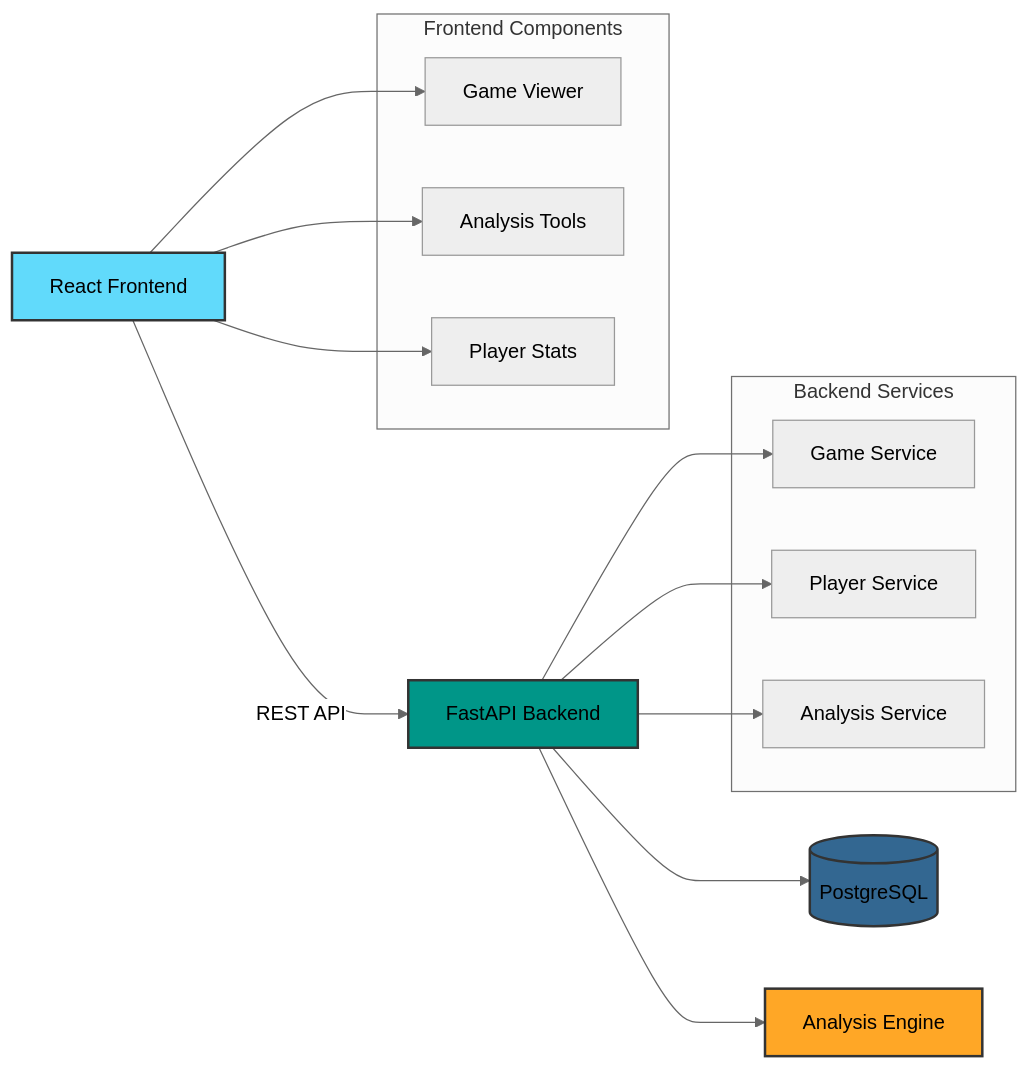
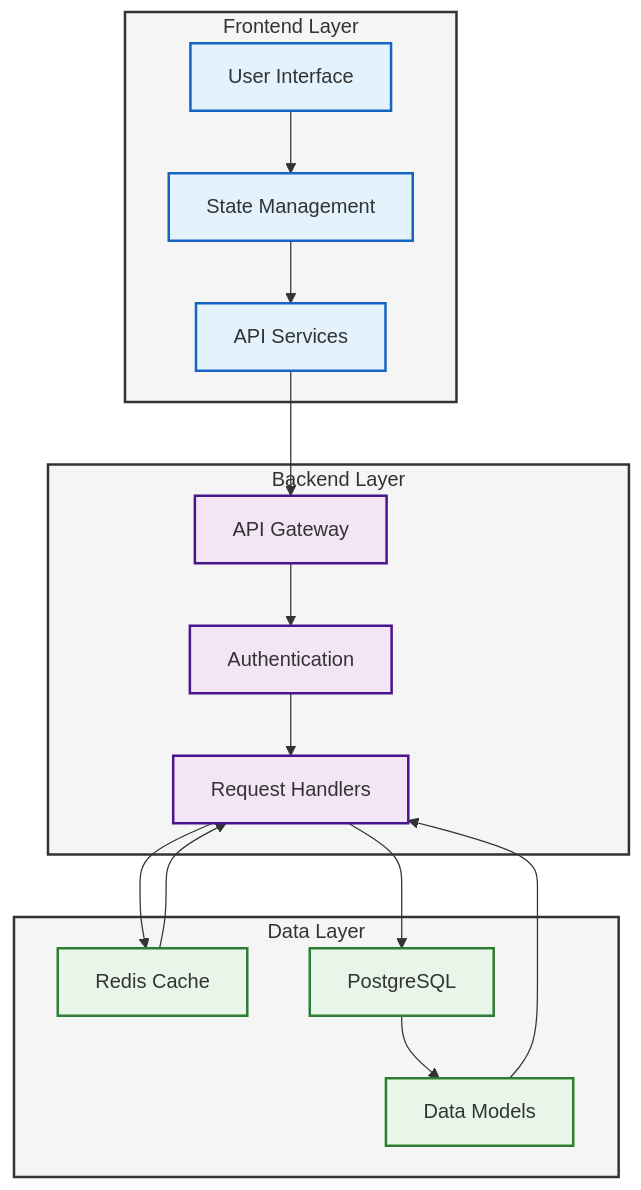
Before and after one commit to nessaee/chess-database: the diagram in docs/index.md, drawn with Mermaid. The commit also changed other lines of this file and 3 other files, not shown here.

````diff
--- a/docs/index.md
+++ b/docs/index.md
@@ -29,49 +30,49 @@
-```mermaid
-%%{init: {'theme': 'neutral' }}%%
-graph LR
-    %% Main Components
-    Frontend[React Frontend]
-    Backend[FastAPI Backend]
-    DB[(PostgreSQL)]
-    Analysis[Analysis Engine]
-
-    %% Frontend Components
-    subgraph "Frontend Components"
-        GameViewer[Game Viewer]
-        AnalysisTools[Analysis Tools]
-        PlayerStats[Player Stats]
+<div class="mermaid">
+graph TB
+    %% System Overview
+    subgraph Frontend["Frontend Layer"]
+        UI["User Interface"]
+        STATE["State Management"]
+        SERVICES["API Services"]
     end
-
-    %% Backend Services
-    subgraph "Backend Services"
-        GameService[Game Service]
-        PlayerService[Player Service]
-        AnalysisService[Analysis Service]
+    
+    subgraph Backend["Backend Layer"]
+        API["API Gateway"]
+        AUTH["Authentication"]
+        HANDLERS["Request Handlers"]
     end
-
-    %% Connections
-    Frontend --> |REST API| Backend
-    Backend --> DB
-    Backend --> Analysis
     
-    %% Frontend Internal
-    Frontend --> GameViewer
-    Frontend --> AnalysisTools
-    Frontend --> PlayerStats
+    subgraph Data["Data Layer"]
+        CACHE["Redis Cache"]
+        DB["PostgreSQL"]
+        MODELS["Data Models"]
+    end
     
-    %% Backend Internal
-    Backend --> GameService
-    Backend --> PlayerService
-    Backend --> AnalysisService
-
+    %% Relationships
+    UI --> STATE
+    STATE --> SERVICES
+    SERVICES --> API
+    
+    API --> AUTH
+    AUTH --> HANDLERS
+    HANDLERS --> CACHE
+    HANDLERS --> DB
+    
+    DB --> MODELS
+    MODELS --> HANDLERS
+    CACHE --> HANDLERS
+    
     %% Styling
-    classDef frontend fill:#61DAFB,stroke:#333,stroke-width:2px
-    classDef backend fill:#009688,stroke:#333,stroke-width:2px
-    classDef database fill:#336791,stroke:#333,stroke-width:2px
-    classDef analysis fill:#FFA726,stroke:#333,stroke-width:2px
+    classDef frontend fill:#e3f2fd,stroke:#1565c0,stroke-width:2px;
+    classDef backend fill:#f3e5f5,stroke:#4a148c,stroke-width:2px;
+    classDef data fill:#e8f5e9,stroke:#2e7d32,stroke-width:2px;
     
-    class Frontend frontend
-    class Backend backend
-    class DB database
-    class Analysis analysis
-```
+    class UI,STATE,SERVICES frontend;
+    class API,AUTH,HANDLERS backend;
+    class CACHE,DB,MODELS data;
+    
+    %% Group Styling
+    style Frontend fill:#f5f5f5,stroke:#333,stroke-width:2px;
+    style Backend fill:#f5f5f5,stroke:#333,stroke-width:2px;
+    style Data fill:#f5f5f5,stroke:#333,stroke-width:2px;
+</div>
````
